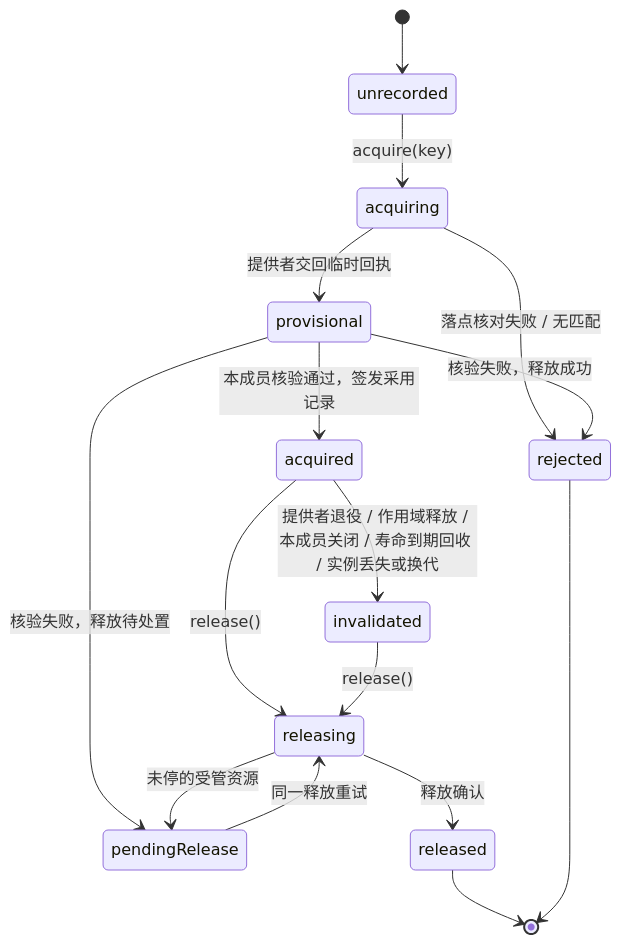
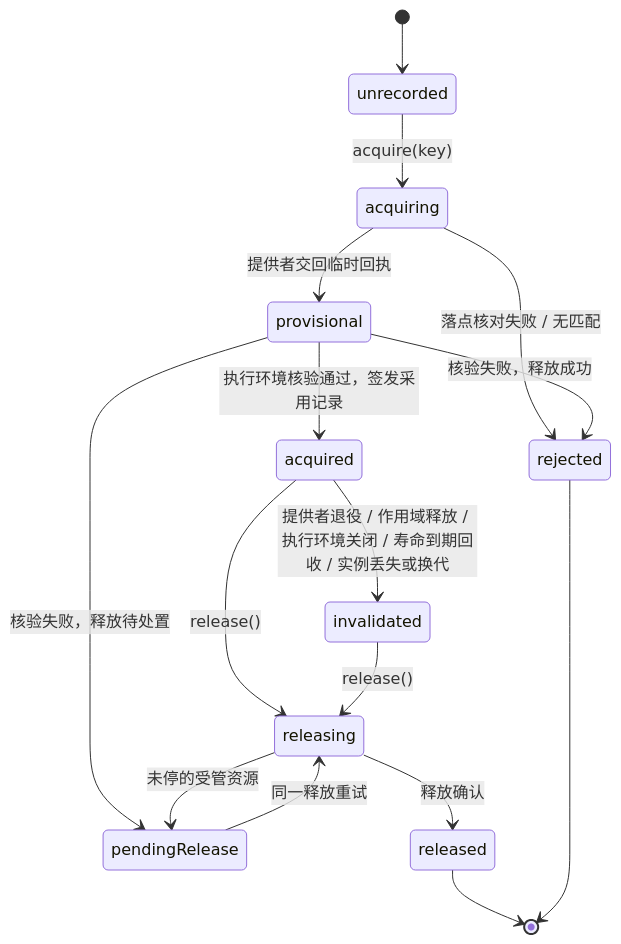
The second of 4 diagrams in packages/execution/execution-environment-contract/docs/object-model.md (nemori-ai/omne-harness-lite), drawn with Mermaid before and after one commit. The commit also changed other lines of this file and 24 other files, not shown here.

````diff
--- a/packages/execution/execution-environment-contract/docs/object-model.md
+++ b/packages/execution/execution-environment-contract/docs/object-model.md
@@ -142,18 +142,18 @@
 ```mermaid
 stateDiagram-v2
   [*] --> unrecorded
   unrecorded --> acquiring : acquire(key)
   acquiring --> rejected : 落点核对失败 / 无匹配
   acquiring --> provisional : 提供者交回临时回执
-  provisional --> acquired : 本成员核验通过，签发采用记录
+  provisional --> acquired : 执行环境核验通过，签发采用记录
   provisional --> rejected : 核验失败，释放成功
   provisional --> pendingRelease : 核验失败，释放待处置
-  acquired --> invalidated : 提供者退役 / 作用域释放 / 本成员关闭 / 寿命到期回收 / 实例丢失或换代
+  acquired --> invalidated : 提供者退役 / 作用域释放 / 执行环境关闭 / 寿命到期回收 / 实例丢失或换代
   acquired --> releasing : release()
   invalidated --> releasing : release()
   releasing --> released : 释放确认
   releasing --> pendingRelease : 未停的受管资源
   pendingRelease --> releasing : 同一释放重试
   released --> [*]
   rejected --> [*]
 ```
````
